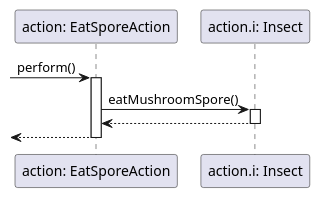
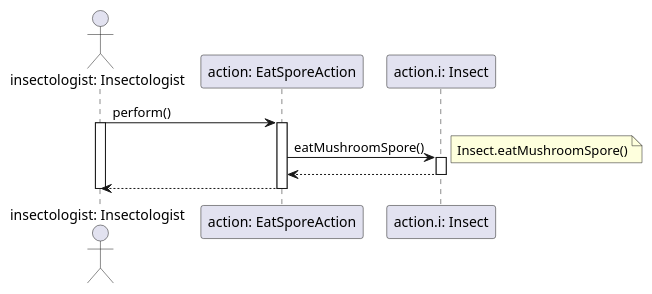
One commit to dzsem/projlab changed the diagram in diagrams/sequence/action/eatSporeAction.plantuml. Above: the diagram before and after it, drawn with PlantUML.

Commit message:
Fixed action/eatSporeAction

```diff
--- a/diagrams/sequence/action/eatSporeAction.plantuml
+++ b/diagrams/sequence/action/eatSporeAction.plantuml
@@ -1,18 +1,22 @@
 @startuml EatSporeAction.perform
 
+actor "insectologist: Insectologist" as insectologist
 participant "action: EatSporeAction" as mi_action
 participant "action.i: Insect" as insect
 
--> mi_action: perform()
+insectologist -> mi_action: perform()
+activate insectologist
 activate mi_action
 
 mi_action -> insect: eatMushroomSpore()
 activate insect
+note right: Insect.eatMushroomSpore()
 
 mi_action <-- insect
 deactivate insect
 
-<-- mi_action
+insectologist <-- mi_action
 deactivate mi_action
+deactivate insectologist
 
 @enduml
```
